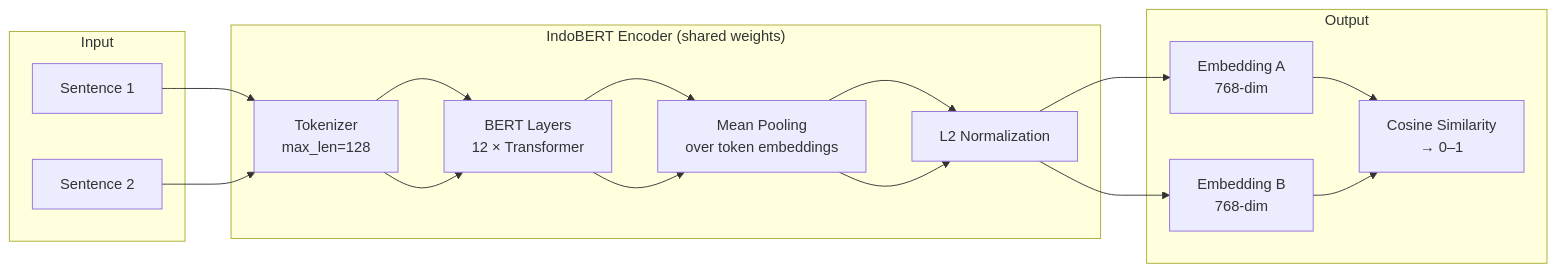
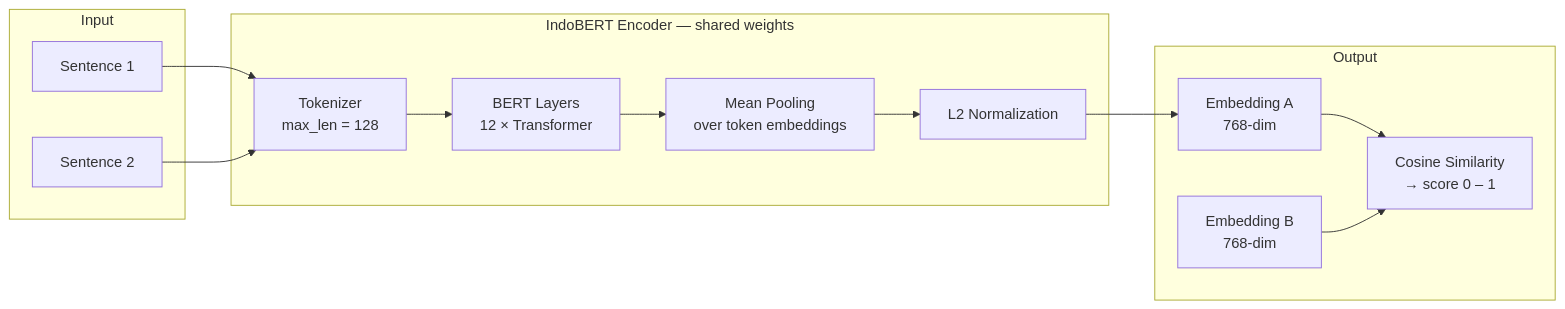
One commit to f4tahitsYours/indonesian-sts-embeddings changed the second of 6 diagrams in README.md. Above: the diagram before and after it, drawn with Mermaid. The commit also changed other lines of this file, not shown here.

Commit message:
Update section headings and improve diagrams in README

````diff
--- a/README.md
+++ b/README.md
@@ -151,25 +158,25 @@
 ```mermaid
 flowchart LR
-    subgraph Input
+    subgraph Input["Input"]
         S1[Sentence 1]
         S2[Sentence 2]
     end
 
-    subgraph Encoder["IndoBERT Encoder (shared weights)"]
-        T1[Tokenizer\nmax_len=128]
-        B1[BERT Layers\n12 × Transformer]
-        P1[Mean Pooling\nover token embeddings]
-        N1[L2 Normalization]
+    subgraph Encoder["IndoBERT Encoder — shared weights"]
+        T1["Tokenizer\nmax_len = 128"]
+        B1["BERT Layers\n12 × Transformer"]
+        P1["Mean Pooling\nover token embeddings"]
+        N1["L2 Normalization"]
     end
 
-    subgraph Output
-        E1[Embedding A\n768-dim]
-        E2[Embedding B\n768-dim]
-        CS[Cosine Similarity\n→ 0–1]
+    subgraph Output["Output"]
+        E1["Embedding A\n768-dim"]
+        E2["Embedding B\n768-dim"]
+        CS["Cosine Similarity\n→ score 0 – 1"]
     end
 
     S1 --> T1 --> B1 --> P1 --> N1 --> E1
-    S2 --> T1 --> B1 --> P1 --> N1 --> E2
+    S2 --> T1
     E1 --> CS
     E2 --> CS
 ```
````
